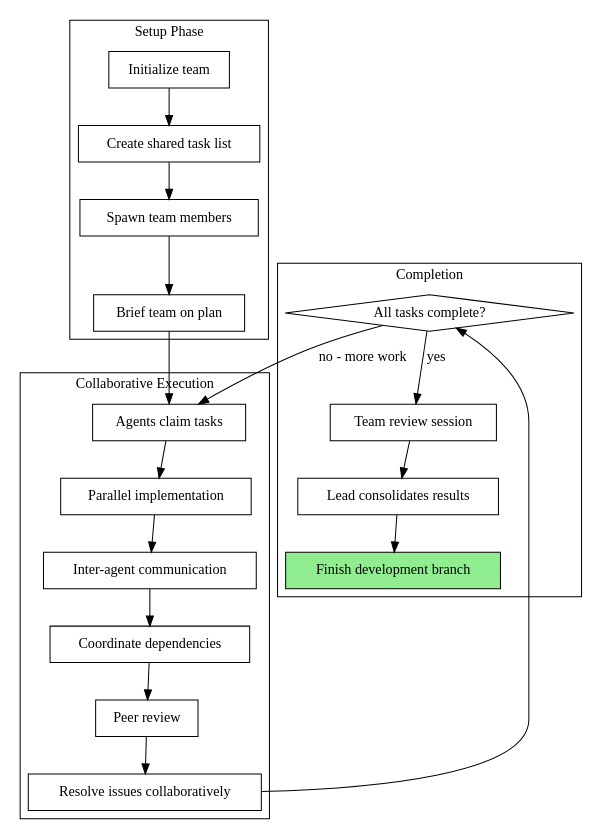
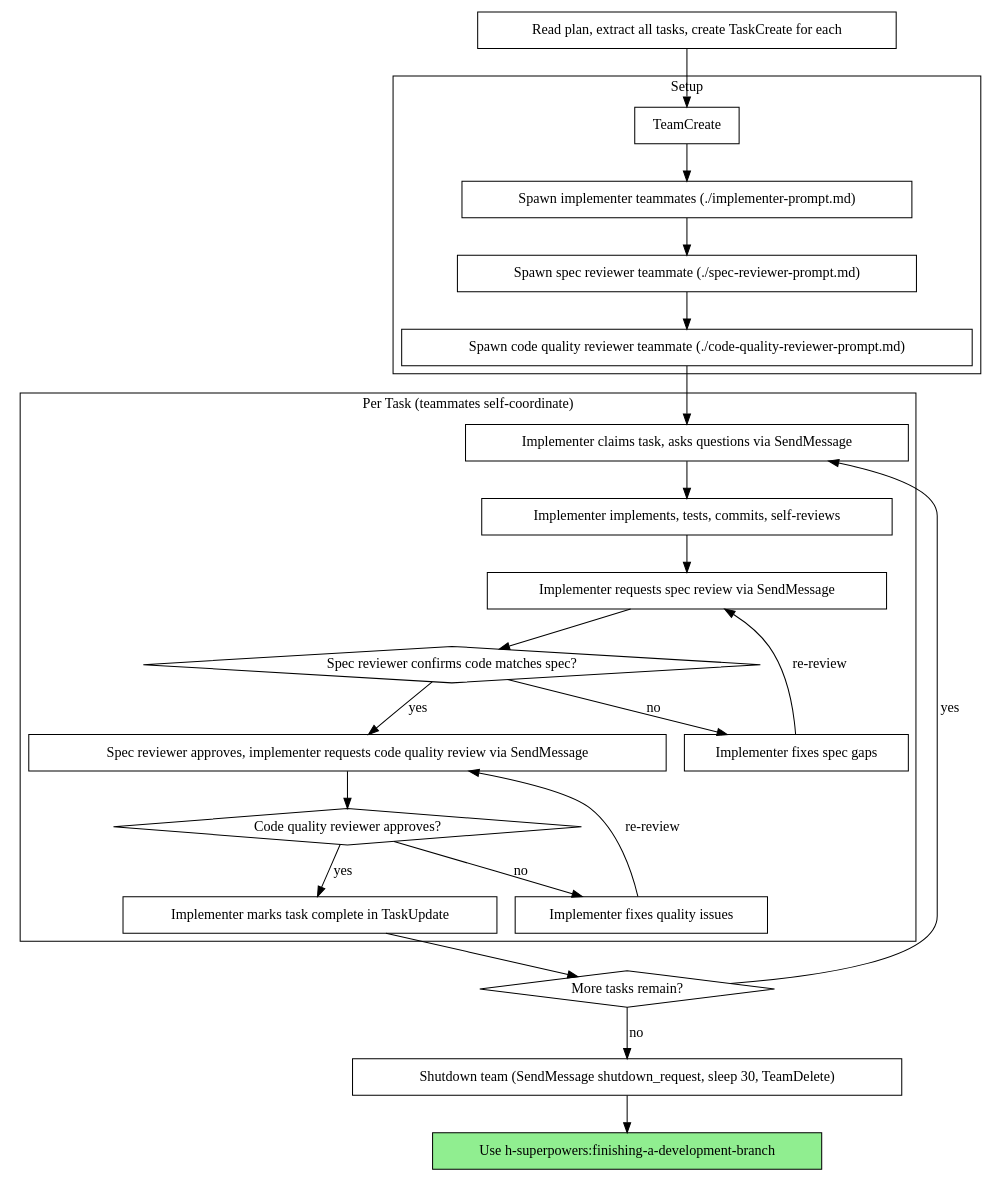
One commit to ehartye/Hartye-superpowers changed the second of 2 diagrams in skills/team-driven-development/SKILL.md. Above: the diagram before and after it, drawn with Graphviz. The commit also changed other lines of this file and 22 other files, not shown here.

First line of the commit message:
refactor: rewrite team-driven-development skill with two-stage review model (#11)

````diff
--- a/skills/team-driven-development/SKILL.md
+++ b/skills/team-driven-development/SKILL.md
@@ -169,46 +43,52 @@
 ```dot
 digraph process {
     rankdir=TB;
 
+    "Read plan, extract all tasks, create TaskCreate for each" [shape=box];
+
     subgraph cluster_setup {
-        label="Setup Phase";
-        "Initialize team" [shape=box];
-        "Create shared task list" [shape=box];
-        "Spawn team members" [shape=box];
-        "Brief team on plan" [shape=box];
+        label="Setup";
+        "TeamCreate" [shape=box];
+        "Spawn implementer teammates (./implementer-prompt.md)" [shape=box];
+        "Spawn spec reviewer teammate (./spec-reviewer-prompt.md)" [shape=box];
+        "Spawn code quality reviewer teammate (./code-quality-reviewer-prompt.md)" [shape=box];
     }
 
-    subgraph cluster_execution {
-        label="Collaborative Execution";
-        "Agents claim tasks" [shape=box];
-        "Parallel implementation" [shape=box];
-        "Inter-agent communication" [shape=box];
-        "Coordinate dependencies" [shape=box];
-        "Peer review" [shape=box];
-        "Resolve issues collaboratively" [shape=box];
+    subgraph cluster_per_task {
+        label="Per Task (teammates self-coordinate)";
+        "Implementer claims task, asks questions via SendMessage" [shape=box];
+        "Implementer implements, tests, commits, self-reviews" [shape=box];
+        "Implementer requests spec review via SendMessage" [shape=box];
+        "Spec reviewer confirms code matches spec?" [shape=diamond];
+        "Implementer fixes spec gaps" [shape=box];
+        "Spec reviewer approves, implementer requests code quality review via SendMessage" [shape=box];
+        "Code quality reviewer approves?" [shape=diamond];
+        "Implementer fixes quality issues" [shape=box];
+        "Implementer marks task complete in TaskUpdate" [shape=box];
     }
 
-    subgraph cluster_completion {
-        label="Completion";
-        "All tasks complete?" [shape=diamond];
-        "Team review session" [shape=box];
-        "Lead consolidates results" [shape=box];
-        "Finish development branch" [shape=box style=filled fillcolor=lightgreen];
-    }
+    "More tasks remain?" [shape=diamond];
+    "Shutdown team (SendMessage shutdown_request, sleep 30, TeamDelete)" [shape=box];
+    "Use h-superpowers:finishing-a-development-branch" [shape=box style=filled fillcolor=lightgreen];
 
-    "Initialize team" -> "Create shared task list";
-    "Create shared task list" -> "Spawn team members";
-    "Spawn team members" -> "Brief team on plan";
-    "Brief team on plan" -> "Agents claim tasks";
-    "Agents claim tasks" -> "Parallel implementation";
-    "Parallel implementation" -> "Inter-agent communication";
-    "Inter-agent communication" -> "Coordinate dependencies";
-    "Coordinate dependencies" -> "Peer review";
-    "Peer review" -> "Resolve issues collaboratively";
-    "Resolve issues collaboratively" -> "All tasks complete?";
-    "All tasks complete?" -> "Agents claim tasks" [label="no - more work"];
-    "All tasks complete?" -> "Team review session" [label="yes"];
-    "Team review session" -> "Lead consolidates results";
-    "Lead consolidates results" -> "Finish development branch";
+    "Read plan, extract all tasks, create TaskCreate for each" -> "TeamCreate";
+    "TeamCreate" -> "Spawn implementer teammates (./implementer-prompt.md)";
+    "Spawn implementer teammates (./implementer-prompt.md)" -> "Spawn spec reviewer teammate (./spec-reviewer-prompt.md)";
+    "Spawn spec reviewer teammate (./spec-reviewer-prompt.md)" -> "Spawn code quality reviewer teammate (./code-quality-reviewer-prompt.md)";
+    "Spawn code quality reviewer teammate (./code-quality-reviewer-prompt.md)" -> "Implementer claims task, asks questions via SendMessage";
+    "Implementer claims task, asks questions via SendMessage" -> "Implementer implements, tests, commits, self-reviews";
+    "Implementer implements, tests, commits, self-reviews" -> "Implementer requests spec review via SendMessage";
+    "Implementer requests spec review via SendMessage" -> "Spec reviewer confirms code matches spec?";
+    "Spec reviewer confirms code matches spec?" -> "Implementer fixes spec gaps" [label="no"];
+    "Implementer fixes spec gaps" -> "Implementer requests spec review via SendMessage" [label="re-review"];
+    "Spec reviewer confirms code matches spec?" -> "Spec reviewer approves, implementer requests code quality review via SendMessage" [label="yes"];
+    "Spec reviewer approves, implementer requests code quality review via SendMessage" -> "Code quality reviewer approves?";
+    "Code quality reviewer approves?" -> "Implementer fixes quality issues" [label="no"];
+    "Implementer fixes quality issues" -> "Spec reviewer approves, implementer requests code quality review via SendMessage" [label="re-review"];
+    "Code quality reviewer approves?" -> "Implementer marks task complete in TaskUpdate" [label="yes"];
+    "Implementer marks task complete in TaskUpdate" -> "More tasks remain?";
+    "More tasks remain?" -> "Implementer claims task, asks questions via SendMessage" [label="yes"];
+    "More tasks remain?" -> "Shutdown team (SendMessage shutdown_request, sleep 30, TeamDelete)" [label="no"];
+    "Shutdown team (SendMessage shutdown_request, sleep 30, TeamDelete)" -> "Use h-superpowers:finishing-a-development-branch";
 }
 ```
````
